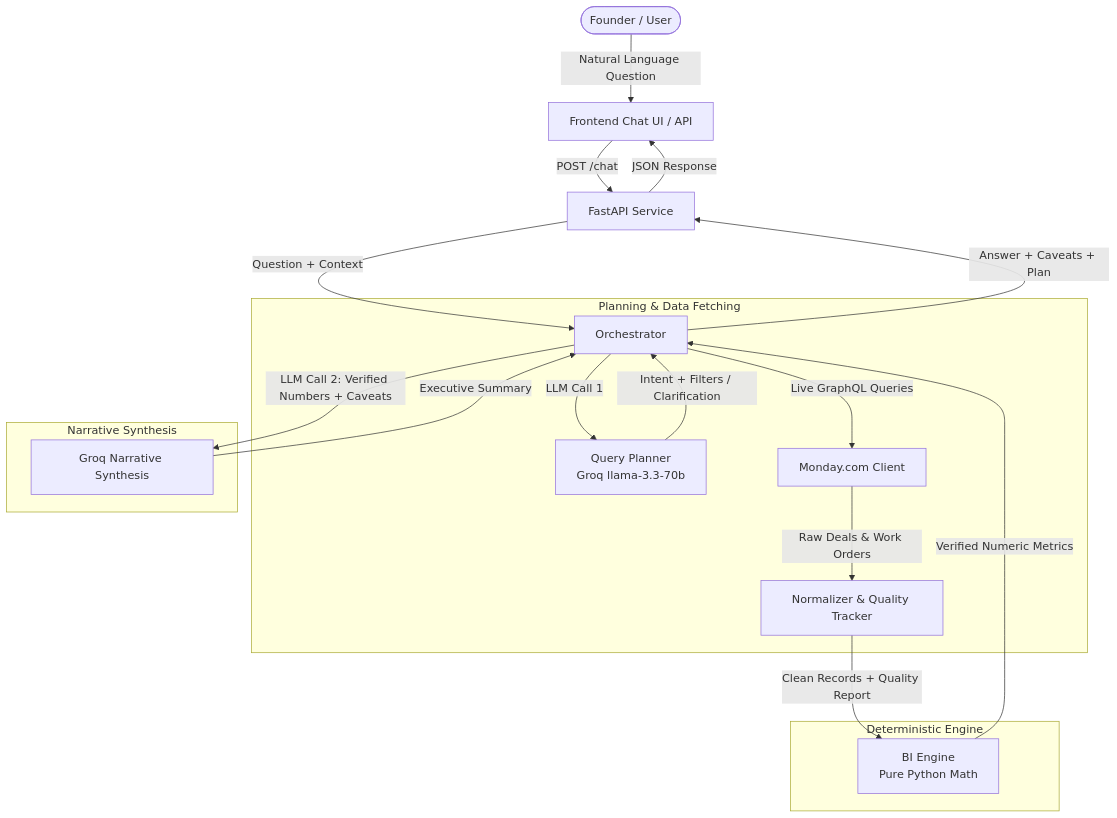
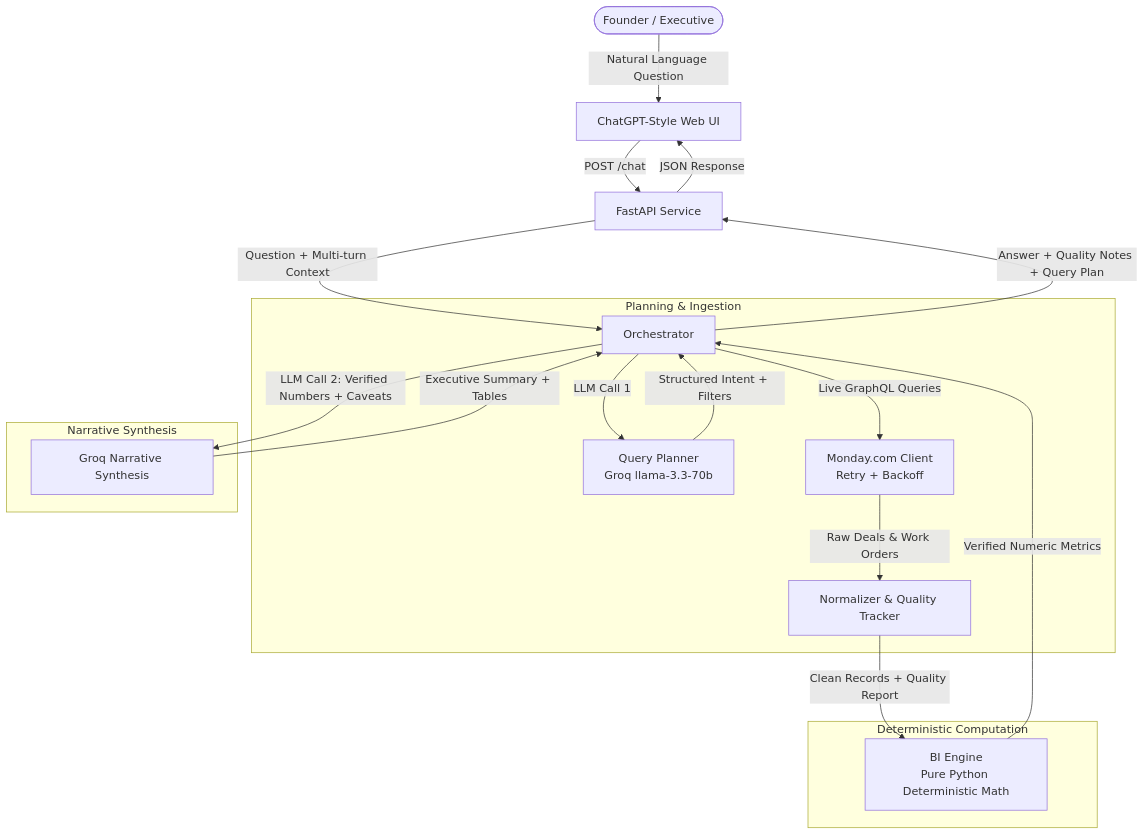
The diagram in README.md (VijaySaravanaPandi/monday-live-bi-agent), drawn with Mermaid before and after one commit. The commit also changed other lines of this file, not shown here.

Commit message:
docs: add live hosted URL and updated documentation to README

````diff
--- a/README.md
+++ b/README.md
@@ -9,26 +43,26 @@
 ```mermaid
 flowchart TD
-    User([Founder / User]) -->|Natural Language Question| FE[Frontend Chat UI / API]
+    User([Founder / Executive]) -->|Natural Language Question| FE[ChatGPT-Style Web UI]
     FE -->|POST /chat| API[FastAPI Service]
-    API -->|Question + Context| Orch[Orchestrator]
+    API -->|Question + Multi-turn Context| Orch[Orchestrator]
     
-    subgraph Planning & Data Fetching
+    subgraph Planning & Ingestion
         Orch -->|LLM Call 1| QP[Query Planner\nGroq llama-3.3-70b]
-        QP -->|Intent + Filters / Clarification| Orch
-        Orch -->|Live GraphQL Queries| MC[Monday.com Client]
+        QP -->|Structured Intent + Filters| Orch
+        Orch -->|Live GraphQL Queries| MC[Monday.com Client\nRetry + Backoff]
         MC -->|Raw Deals & Work Orders| Norm[Normalizer & Quality Tracker]
     end
 
-    subgraph Deterministic Engine
-        Norm -->|Clean Records + Quality Report| BE[BI Engine\nPure Python Math]
+    subgraph Deterministic Computation
+        Norm -->|Clean Records + Quality Report| BE[BI Engine\nPure Python Deterministic Math]
         BE -->|Verified Numeric Metrics| Orch
     end
 
     subgraph Narrative Synthesis
         Orch -->|LLM Call 2: Verified Numbers + Caveats| Synth[Groq Narrative Synthesis]
-        Synth -->|Executive Summary| Orch
+        Synth -->|Executive Summary + Tables| Orch
     end
 
-    Orch -->|Answer + Caveats + Plan| API
+    Orch -->|Answer + Quality Notes + Query Plan| API
     API -->|JSON Response| FE
 ```
````
